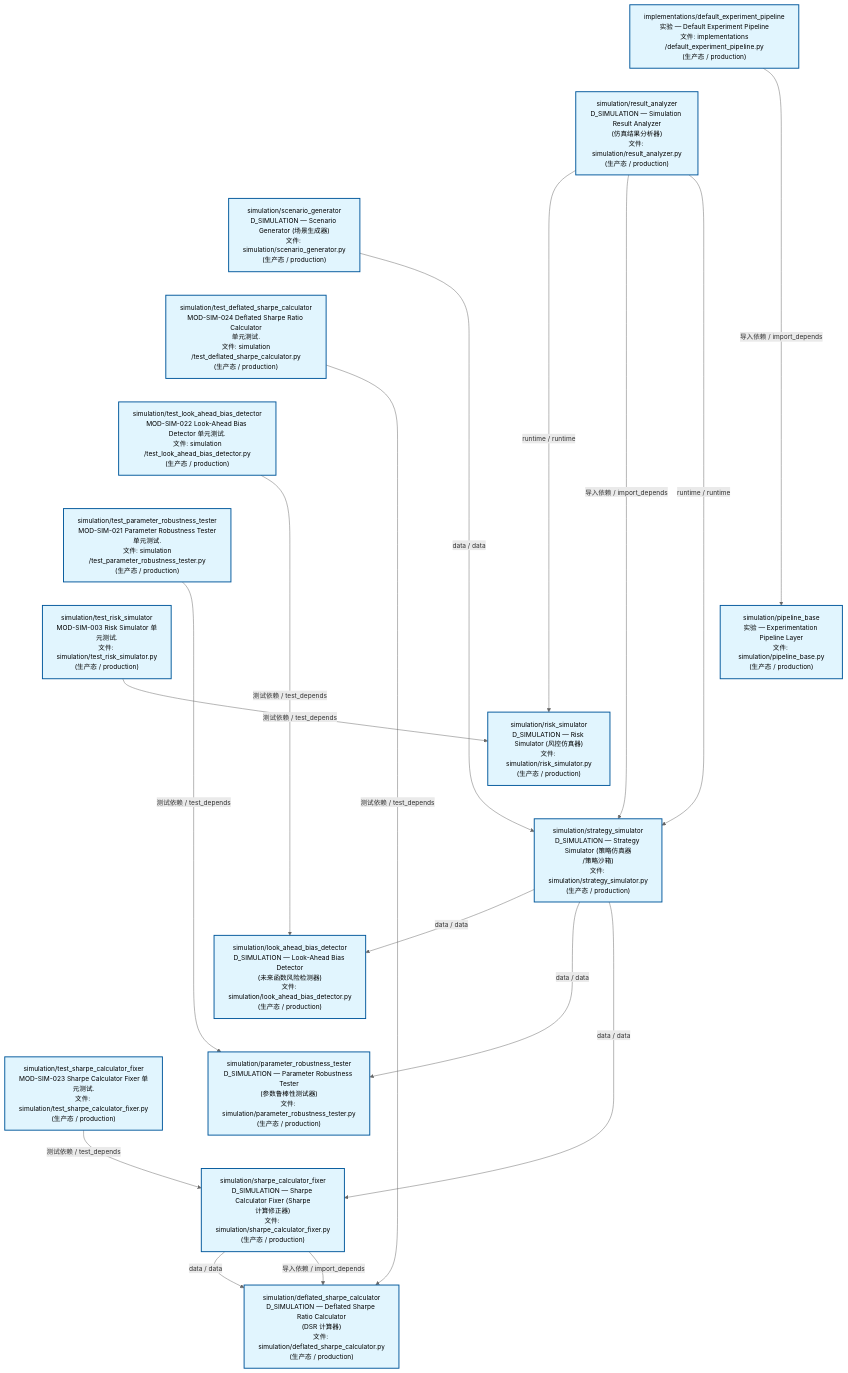
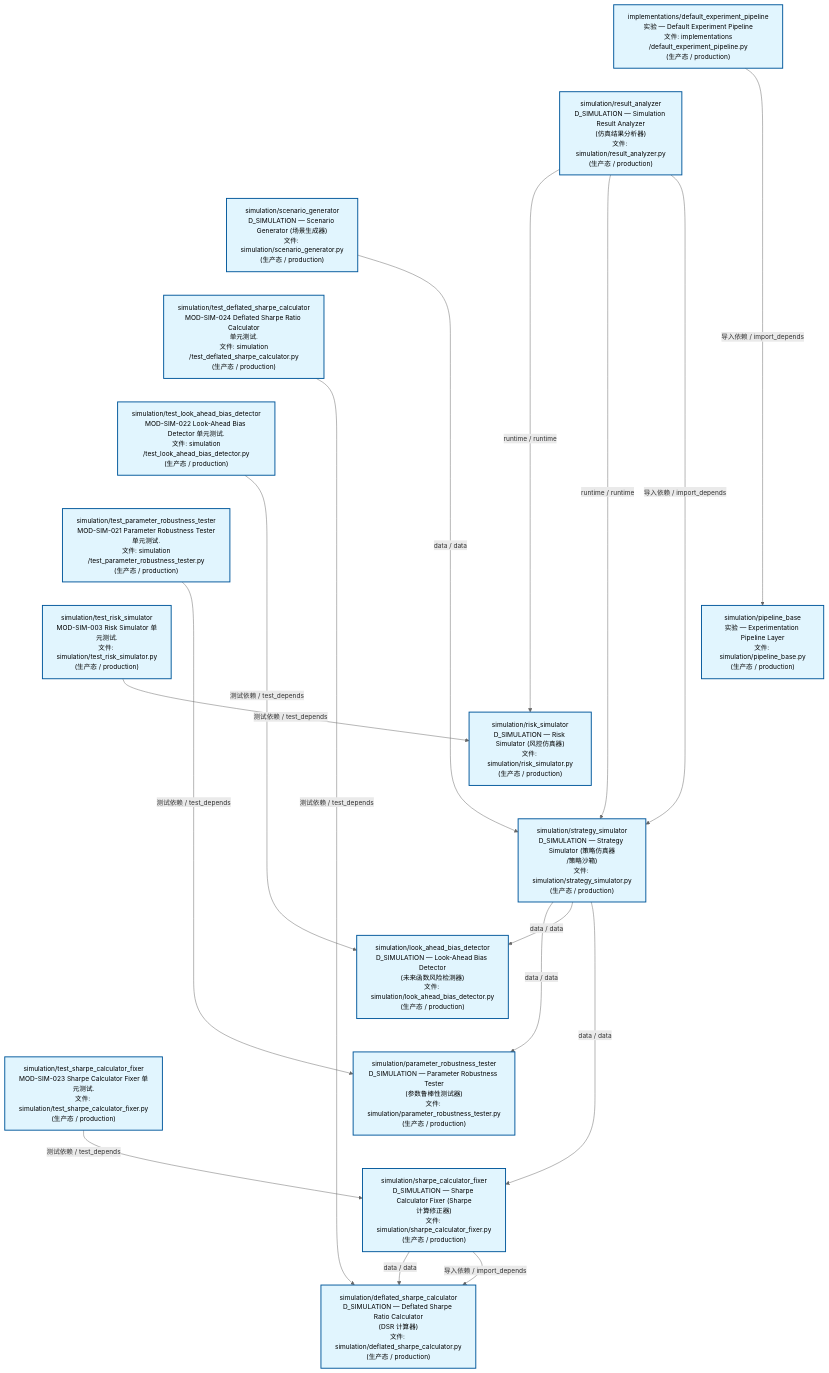
The second of 3 diagrams in docs/02_enterprise_architecture/02_domain_architecture_docs/70_d_simulation.md (xuanFelixVan/ZephyrAlpha), drawn with Mermaid before and after one commit. The commit also changed other lines of this file and 45 other files, not shown here.

````diff
--- a/docs/02_enterprise_architecture/02_domain_architecture_docs/70_d_simulation.md
+++ b/docs/02_enterprise_architecture/02_domain_architecture_docs/70_d_simulation.md
@@ -123,50 +123,50 @@
 ```mermaid
 %%{init: {'theme': 'base', 'themeVariables': {'primaryColor': '#eaeaea', 'primaryTextColor': '#333333', 'primaryBorderColor': '#666666', 'lineColor': '#666666', 'secondaryColor': '#eaeaea', 'tertiaryColor': '#eaeaea', 'fontSize': '14px'}}}%%
 flowchart TD
     src_zephyr_simulation_implementations_default_experiment_pipeline_py["implementations/default_experiment_pipeline<br/>实验 — Default Experiment Pipeline<br/>文件: implementations<br/>/default_experiment_pipeline.py<br/>(生产态 / production)"]
     src_zephyr_simulation_result_analyzer_py["simulation/result_analyzer<br/>D_SIMULATION — Simulation Result Analyzer<br/>(仿真结果分析器)<br/>文件: simulation/result_analyzer.py<br/>(生产态 / production)"]
     src_zephyr_simulation_scenario_generator_py["simulation/scenario_generator<br/>D_SIMULATION — Scenario Generator (场景生成器)<br/>文件: simulation/scenario_generator.py<br/>(生产态 / production)"]
     tests_simulation_test_deflated_sharpe_calculator_py["simulation/test_deflated_sharpe_calculator<br/>MOD-SIM-024 Deflated Sharpe Ratio Calculator<br/>单元测试.<br/>文件: simulation<br/>/test_deflated_sharpe_calculator.py<br/>(生产态 / production)"]
     tests_simulation_test_look_ahead_bias_detector_py["simulation/test_look_ahead_bias_detector<br/>MOD-SIM-022 Look-Ahead Bias Detector 单元测试.<br/>文件: simulation<br/>/test_look_ahead_bias_detector.py<br/>(生产态 / production)"]
     tests_simulation_test_parameter_robustness_tester_py["simulation/test_parameter_robustness_tester<br/>MOD-SIM-021 Parameter Robustness Tester<br/>单元测试.<br/>文件: simulation<br/>/test_parameter_robustness_tester.py<br/>(生产态 / production)"]
     tests_simulation_test_risk_simulator_py["simulation/test_risk_simulator<br/>MOD-SIM-003 Risk Simulator 单元测试.<br/>文件: simulation/test_risk_simulator.py<br/>(生产态 / production)"]
     tests_simulation_test_sharpe_calculator_fixer_py["simulation/test_sharpe_calculator_fixer<br/>MOD-SIM-023 Sharpe Calculator Fixer 单元测试.<br/>文件: simulation/test_sharpe_calculator_fixer.py<br/>(生产态 / production)"]
     src_zephyr_simulation_implementations_default_experiment_pipeline_py ~~~ src_zephyr_simulation_result_analyzer_py
     src_zephyr_simulation_result_analyzer_py ~~~ src_zephyr_simulation_scenario_generator_py
     src_zephyr_simulation_scenario_generator_py ~~~ tests_simulation_test_deflated_sharpe_calculator_py
     tests_simulation_test_deflated_sharpe_calculator_py ~~~ tests_simulation_test_look_ahead_bias_detector_py
     tests_simulation_test_look_ahead_bias_detector_py ~~~ tests_simulation_test_parameter_robustness_tester_py
     tests_simulation_test_parameter_robustness_tester_py ~~~ tests_simulation_test_risk_simulator_py
     tests_simulation_test_risk_simulator_py ~~~ tests_simulation_test_sharpe_calculator_fixer_py
     src_zephyr_simulation_pipeline_base_py["simulation/pipeline_base<br/>实验 — Experimentation Pipeline Layer<br/>文件: simulation/pipeline_base.py<br/>(生产态 / production)"]
     src_zephyr_simulation_risk_simulator_py["simulation/risk_simulator<br/>D_SIMULATION — Risk Simulator (风控仿真器)<br/>文件: simulation/risk_simulator.py<br/>(生产态 / production)"]
     src_zephyr_simulation_strategy_simulator_py["simulation/strategy_simulator<br/>D_SIMULATION — Strategy Simulator (策略仿真器<br/>/策略沙箱)<br/>文件: simulation/strategy_simulator.py<br/>(生产态 / production)"]
     src_zephyr_simulation_pipeline_base_py ~~~ src_zephyr_simulation_risk_simulator_py
     src_zephyr_simulation_risk_simulator_py ~~~ src_zephyr_simulation_strategy_simulator_py
     src_zephyr_simulation_look_ahead_bias_detector_py["simulation/look_ahead_bias_detector<br/>D_SIMULATION — Look-Ahead Bias Detector<br/>(未来函数风险检测器)<br/>文件: simulation/look_ahead_bias_detector.py<br/>(生产态 / production)"]
     src_zephyr_simulation_parameter_robustness_tester_py["simulation/parameter_robustness_tester<br/>D_SIMULATION — Parameter Robustness Tester<br/>(参数鲁棒性测试器)<br/>文件: simulation/parameter_robustness_tester.py<br/>(生产态 / production)"]
     src_zephyr_simulation_sharpe_calculator_fixer_py["simulation/sharpe_calculator_fixer<br/>D_SIMULATION — Sharpe Calculator Fixer (Sharpe<br/>计算修正器)<br/>文件: simulation/sharpe_calculator_fixer.py<br/>(生产态 / production)"]
     src_zephyr_simulation_look_ahead_bias_detector_py ~~~ src_zephyr_simulation_parameter_robustness_tester_py
     src_zephyr_simulation_parameter_robustness_tester_py ~~~ src_zephyr_simulation_sharpe_calculator_fixer_py
     src_zephyr_simulation_deflated_sharpe_calculator_py["simulation/deflated_sharpe_calculator<br/>D_SIMULATION — Deflated Sharpe Ratio Calculator<br/>(DSR 计算器)<br/>文件: simulation/deflated_sharpe_calculator.py<br/>(生产态 / production)"]
+    src_zephyr_simulation_result_analyzer_py -->|runtime / runtime| src_zephyr_simulation_risk_simulator_py
+    src_zephyr_simulation_result_analyzer_py -->|runtime / runtime| src_zephyr_simulation_strategy_simulator_py
+    src_zephyr_simulation_result_analyzer_py -->|导入依赖 / import_depends| src_zephyr_simulation_strategy_simulator_py
     src_zephyr_simulation_scenario_generator_py -->|data / data| src_zephyr_simulation_strategy_simulator_py
-    src_zephyr_simulation_result_analyzer_py -->|runtime / runtime| src_zephyr_simulation_risk_simulator_py
-    src_zephyr_simulation_result_analyzer_py -->|导入依赖 / import_depends| src_zephyr_simulation_strategy_simulator_py
-    src_zephyr_simulation_result_analyzer_py -->|runtime / runtime| src_zephyr_simulation_strategy_simulator_py
+    src_zephyr_simulation_strategy_simulator_py -->|data / data| src_zephyr_simulation_parameter_robustness_tester_py
+    src_zephyr_simulation_strategy_simulator_py -->|data / data| src_zephyr_simulation_look_ahead_bias_detector_py
+    src_zephyr_simulation_strategy_simulator_py -->|data / data| src_zephyr_simulation_sharpe_calculator_fixer_py
     src_zephyr_simulation_sharpe_calculator_fixer_py -->|data / data| src_zephyr_simulation_deflated_sharpe_calculator_py
     src_zephyr_simulation_sharpe_calculator_fixer_py -->|导入依赖 / import_depends| src_zephyr_simulation_deflated_sharpe_calculator_py
-    src_zephyr_simulation_strategy_simulator_py -->|data / data| src_zephyr_simulation_look_ahead_bias_detector_py
-    src_zephyr_simulation_strategy_simulator_py -->|data / data| src_zephyr_simulation_parameter_robustness_tester_py
-    src_zephyr_simulation_strategy_simulator_py -->|data / data| src_zephyr_simulation_sharpe_calculator_fixer_py
     src_zephyr_simulation_implementations_default_experiment_pipeline_py -->|导入依赖 / import_depends| src_zephyr_simulation_pipeline_base_py
+    tests_simulation_test_sharpe_calculator_fixer_py -->|测试依赖 / test_depends| src_zephyr_simulation_sharpe_calculator_fixer_py
+    tests_simulation_test_deflated_sharpe_calculator_py -->|测试依赖 / test_depends| src_zephyr_simulation_deflated_sharpe_calculator_py
     tests_simulation_test_look_ahead_bias_detector_py -->|测试依赖 / test_depends| src_zephyr_simulation_look_ahead_bias_detector_py
-    tests_simulation_test_deflated_sharpe_calculator_py -->|测试依赖 / test_depends| src_zephyr_simulation_deflated_sharpe_calculator_py
+    tests_simulation_test_risk_simulator_py -->|测试依赖 / test_depends| src_zephyr_simulation_risk_simulator_py
     tests_simulation_test_parameter_robustness_tester_py -->|测试依赖 / test_depends| src_zephyr_simulation_parameter_robustness_tester_py
-    tests_simulation_test_risk_simulator_py -->|测试依赖 / test_depends| src_zephyr_simulation_risk_simulator_py
-    tests_simulation_test_sharpe_calculator_fixer_py -->|测试依赖 / test_depends| src_zephyr_simulation_sharpe_calculator_fixer_py
     classDef production fill:#e1f5fe,stroke:#01579b,stroke-width:2px,color:#000
     classDef design fill:#fff3e0,stroke:#e65100,stroke-width:2px,color:#000,stroke-dasharray: 5 5
     classDef external_prod fill:#e8f4fd,stroke:#0277bd,stroke-width:1px,color:#000
     classDef external_design fill:#fff8e7,stroke:#ef6c00,stroke-width:1px,color:#000,stroke-dasharray: 5 5
     class src_zephyr_simulation_deflated_sharpe_calculator_py,src_zephyr_simulation_implementations_default_experiment_pipeline_py,src_zephyr_simulation_look_ahead_bias_detector_py,src_zephyr_simulation_parameter_robustness_tester_py,src_zephyr_simulation_pipeline_base_py,src_zephyr_simulation_result_analyzer_py,src_zephyr_simulation_risk_simulator_py,src_zephyr_simulation_scenario_generator_py,src_zephyr_simulation_sharpe_calculator_fixer_py,src_zephyr_simulation_strategy_simulator_py,tests_simulation_test_deflated_sharpe_calculator_py,tests_simulation_test_look_ahead_bias_detector_py,tests_simulation_test_parameter_robustness_tester_py,tests_simulation_test_risk_simulator_py,tests_simulation_test_sharpe_calculator_fixer_py production
 ```
````
